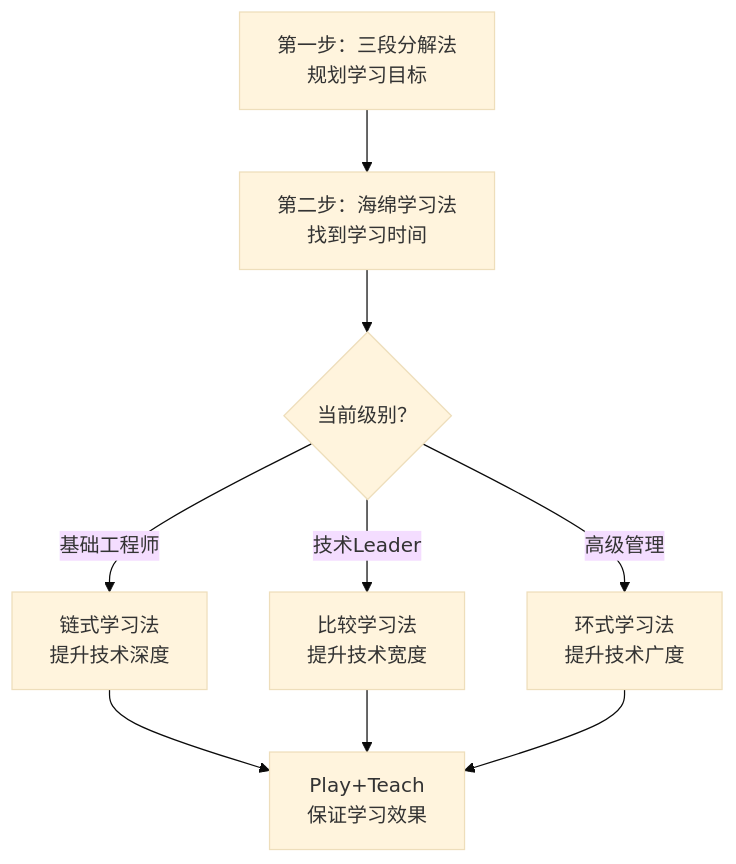
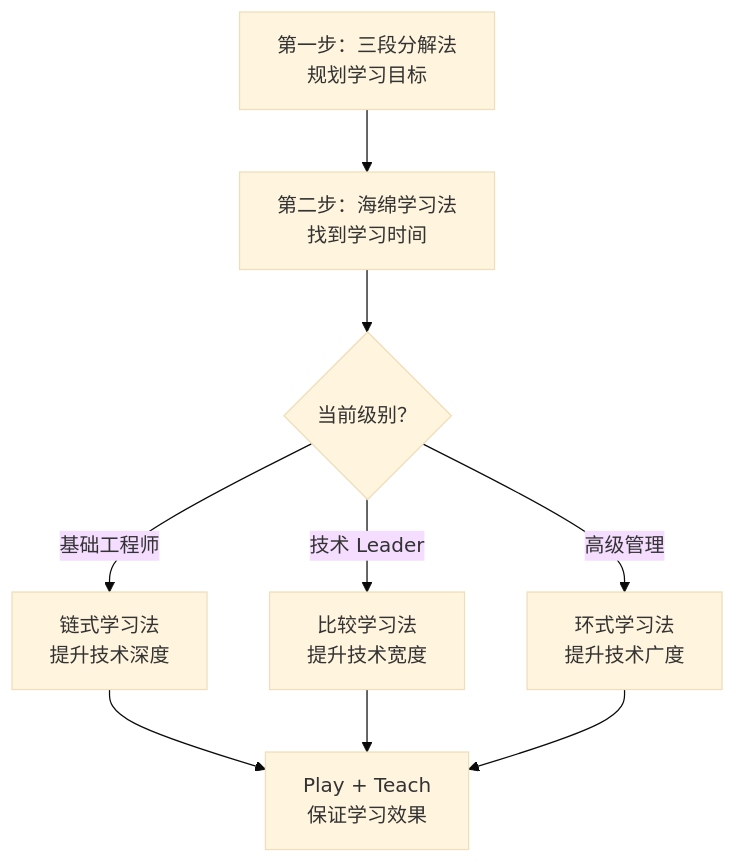
Before and after one commit to chongyang211/YCBookBlog: the second of 2 diagrams in packages/website/13.书籍/04.自我精进·学习/04.学习方法/01.宏观学习的方法.md, drawn with Mermaid (base theme). The commit also changed other lines of this file and 83 other files, not shown here.

````diff
--- a/packages/website/13.书籍/04.自我精进·学习/04.学习方法/01.宏观学习的方法.md
+++ b/packages/website/13.书籍/04.自我精进·学习/04.学习方法/01.宏观学习的方法.md
@@ -182,11 +177,11 @@
 ```mermaid
 flowchart TD
     A[第一步：三段分解法<br>规划学习目标] --> B[第二步：海绵学习法<br>找到学习时间]
     B --> C{当前级别？}
-    C --> |基础工程师| D[链式学习法<br>提升技术深度]
-    C --> |技术Leader| E[比较学习法<br>提升技术宽度]
-    C --> |高级管理| F[环式学习法<br>提升技术广度]
-    D --> G[Play+Teach<br>保证学习效果]
+    C -->|基础工程师| D[链式学习法<br>提升技术深度]
+    C -->|技术 Leader| E[比较学习法<br>提升技术宽度]
+    C -->|高级管理| F[环式学习法<br>提升技术广度]
+    D --> G[Play + Teach<br>保证学习效果]
     E --> G
     F --> G
 ```
````
